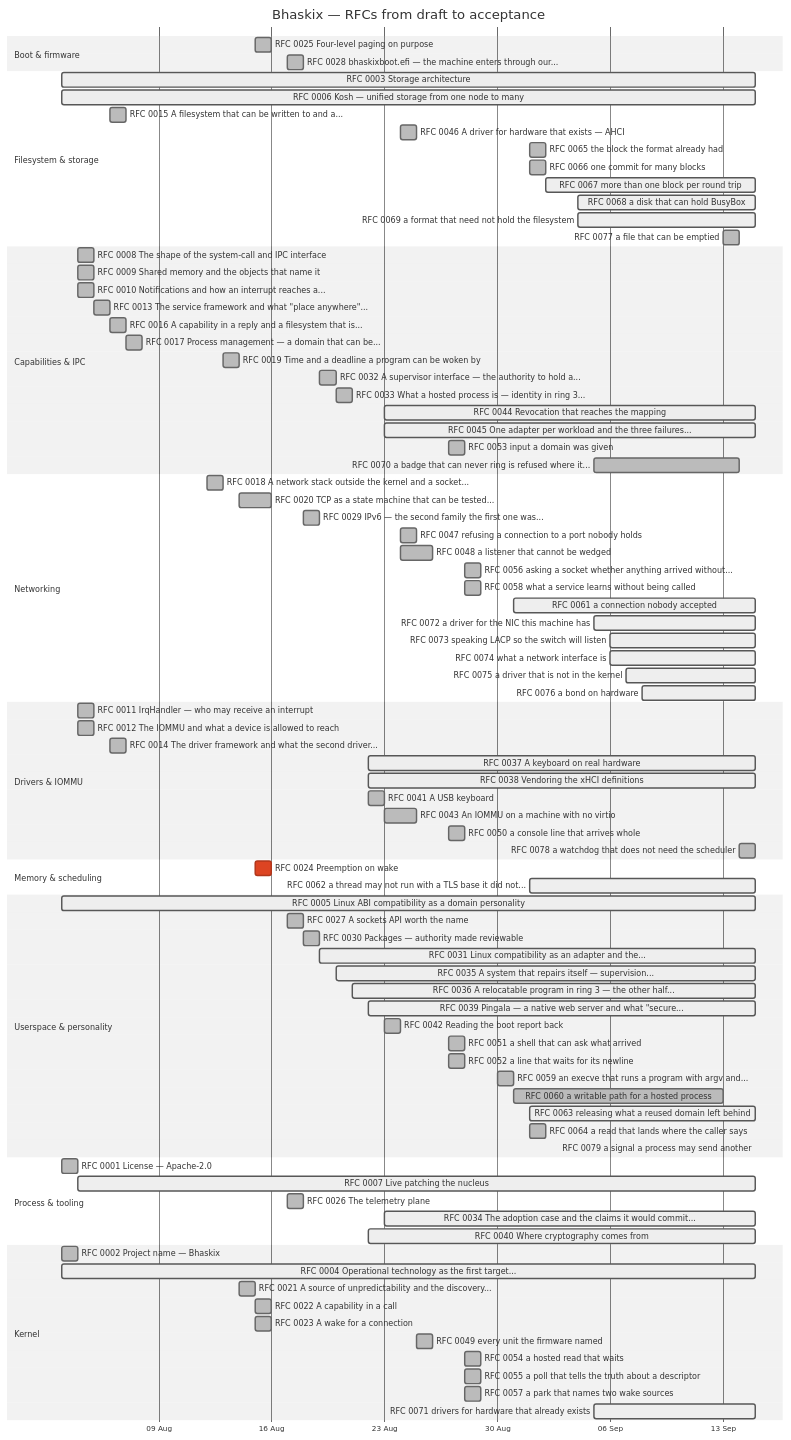
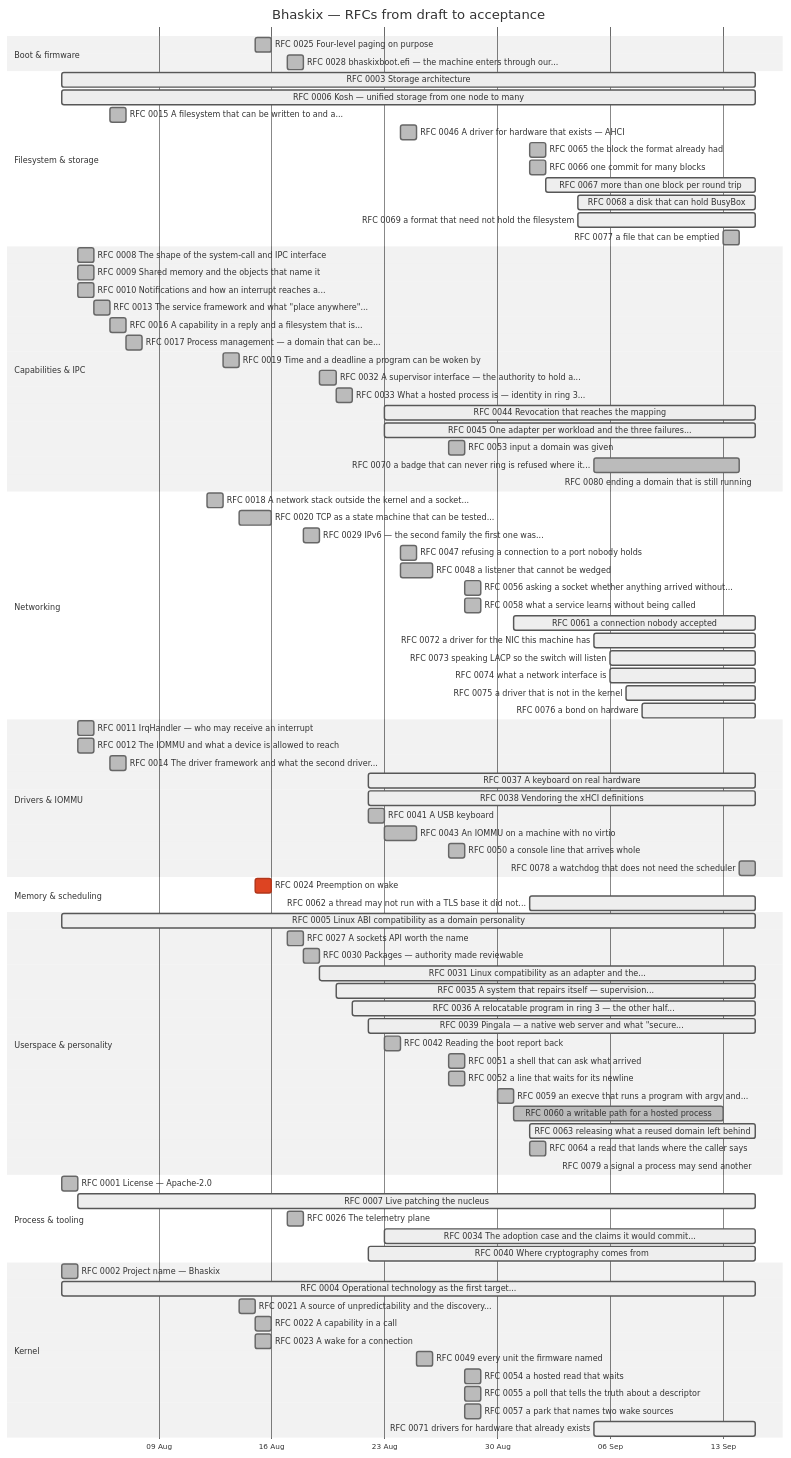
One commit to bhaskix/bhaskix changed the diagram in docs/progress.md. Above: the diagram before and after it, drawn with Mermaid (neutral theme). The commit also changed other lines of this file and 2 other files, not shown here.

```diff
--- a/docs/progress.md
+++ b/docs/progress.md
@@ -55,6 +55,7 @@
     RFC 0045 One adapter per workload and the three failures... :active, r0045, 2026-08-23, 2026-09-15
     RFC 0053 input a domain was given :done, r0053, 2026-08-27, 1d
     RFC 0070 a badge that can never ring is refused where it... :done, r0070, 2026-09-05, 2026-09-14
+    RFC 0080 ending a domain that is still running :active, r0080, 2026-09-15, 2026-09-15
     section Networking
     RFC 0018 A network stack outside the kernel and a socket... :done, r0018, 2026-08-12, 2026-08-13
     RFC 0020 TCP as a state machine that can be tested... :done, r0020, 2026-08-14, 2026-08-16
```
